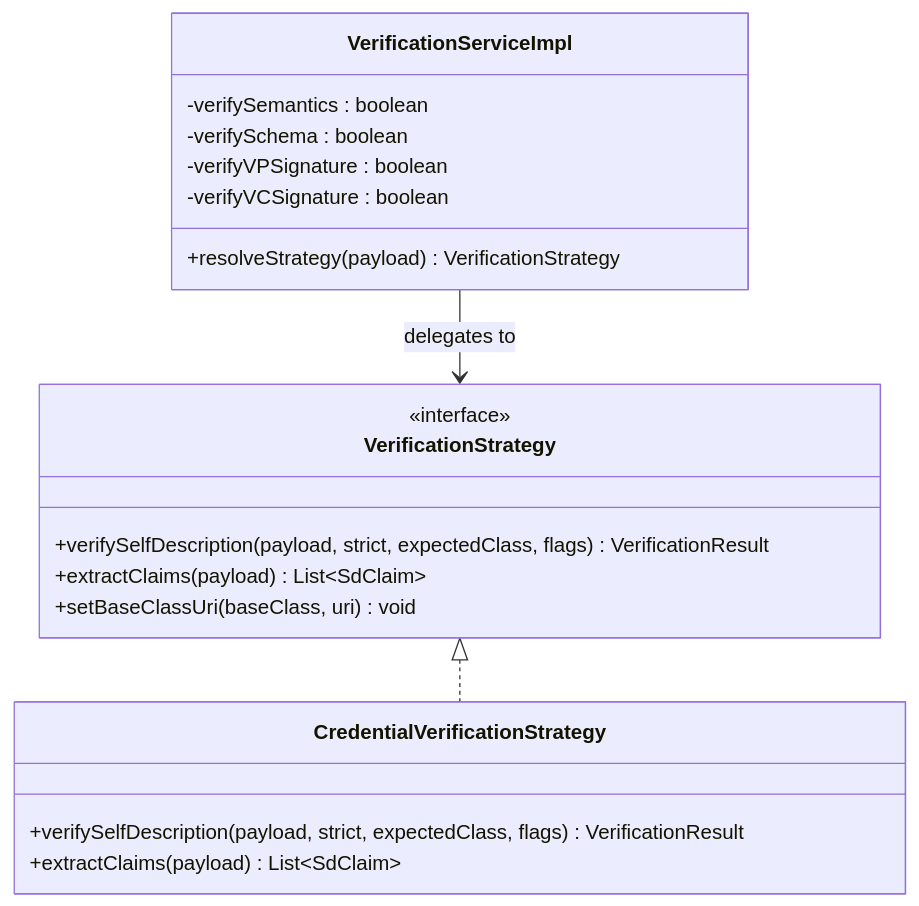
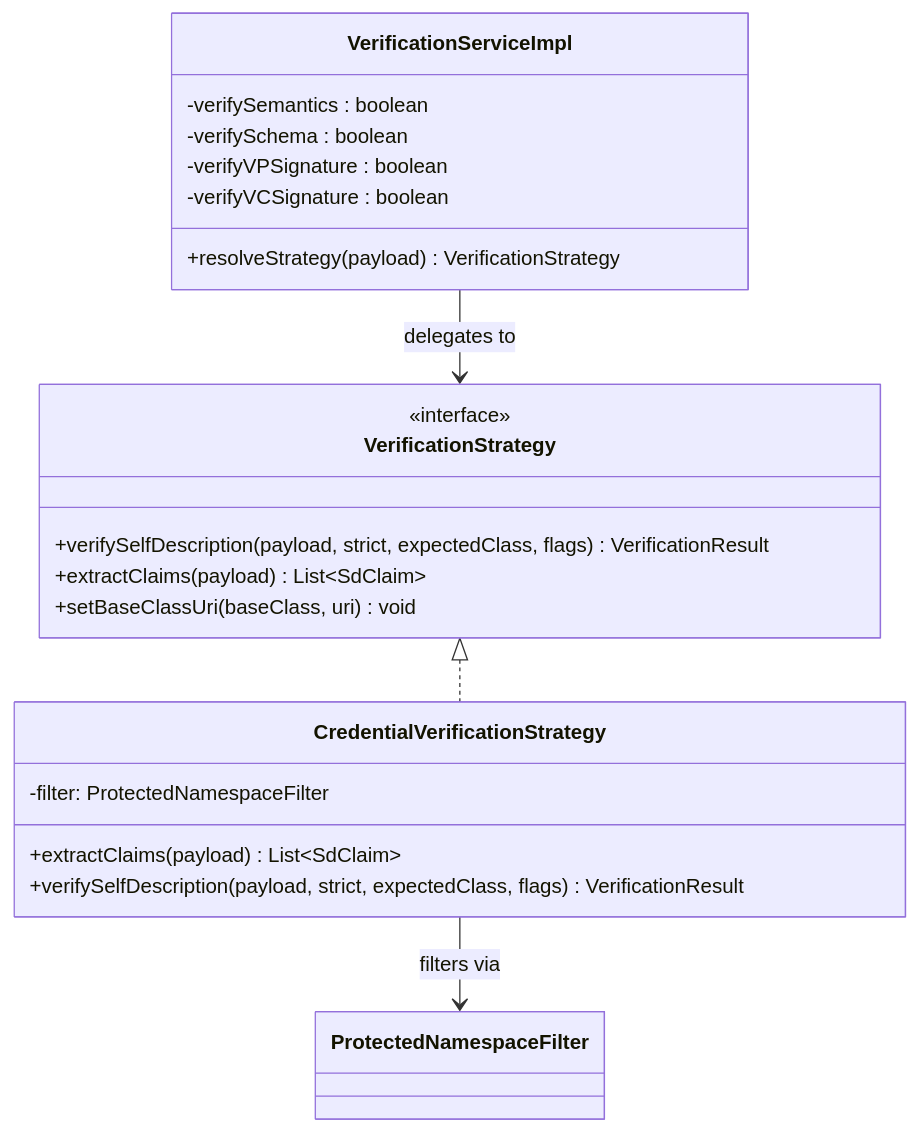
The second of 9 diagrams in federated-catalogue/src/docs/architecture/chapters/05_building_block_view.adoc (federated-catalogue-enhancements-2026/docs), drawn with Mermaid before and after one commit. The commit also changed other lines of this file and 2 other files, not shown here.

First line of the commit message:
[CAT-FR-GD-09] Documents protected namespace filter to safeguard internal metadata

```diff
--- a/federated-catalogue/src/docs/architecture/chapters/05_building_block_view.adoc
+++ b/federated-catalogue/src/docs/architecture/chapters/05_building_block_view.adoc
@@ -228,23 +228,25 @@
 [mermaid, width=2000]
 ....
 classDiagram
     class VerificationServiceImpl {
         -verifySemantics : boolean
         -verifySchema : boolean
         -verifyVPSignature : boolean
         -verifyVCSignature : boolean
         +resolveStrategy(payload) VerificationStrategy
     }
     class VerificationStrategy {
         <<interface>>
         +verifySelfDescription(payload, strict, expectedClass, flags) VerificationResult
         +extractClaims(payload) List~SdClaim~
         +setBaseClassUri(baseClass, uri) void
     }
     class CredentialVerificationStrategy {
+        -filter: ProtectedNamespaceFilter
+        +extractClaims(payload) List~SdClaim~
         +verifySelfDescription(payload, strict, expectedClass, flags) VerificationResult
-        +extractClaims(payload) List~SdClaim~
     }
     VerificationServiceImpl --> VerificationStrategy : delegates to
     VerificationStrategy <|.. CredentialVerificationStrategy
+    CredentialVerificationStrategy --> ProtectedNamespaceFilter : filters via
 ....
```
